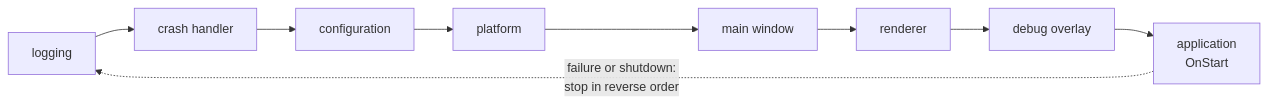
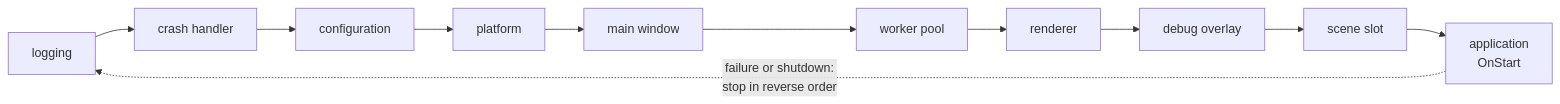
Before and after one commit to SBXdev3D/daidalos-engine-next: the second of 6 diagrams in docs/ARCHITECTURE.md, drawn with Mermaid. The commit also changed other lines of this file and 15 other files, not shown here.

````diff
--- a/docs/ARCHITECTURE.md
+++ b/docs/ARCHITECTURE.md
@@ -80,5 +85,6 @@
 ```mermaid
 flowchart LR
-    A[logging] --> B[crash handler] --> C[configuration] --> D[platform] --> E[main window] --> F[renderer] --> G[debug overlay] --> H["application<br/>OnStart"]
+    A[logging] --> B[crash handler] --> C[configuration] --> D[platform] --> E[main window] --> W[worker pool]
+    W --> F[renderer] --> G[debug overlay] --> S[scene slot] --> H["application<br/>OnStart"]
     H -. "failure or shutdown:<br/>stop in reverse order" .-> A
 ```
````
